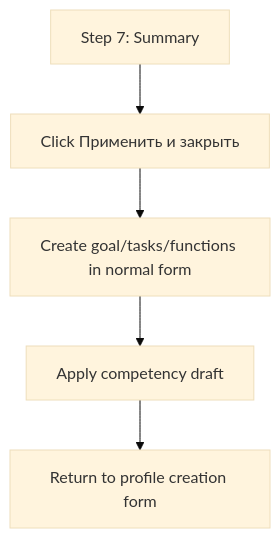
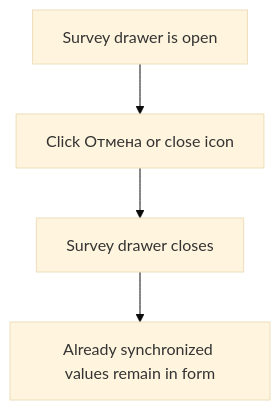
Before and after one commit to Anton-Sukhankin/HR-Profiling-Block: the seventh of 7 diagrams in docs/components/profile-survey/user-flows.md, drawn with Mermaid (base theme). The commit also changed other lines of this file and 14 other files, not shown here.

````diff
--- a/docs/components/profile-survey/user-flows.md
+++ b/docs/components/profile-survey/user-flows.md
@@ -39,7 +79,6 @@
 ```mermaid
 flowchart TD
-  A["Step 7: Summary"] --> B["Click Применить и закрыть"]
-  B --> C["Create goal/tasks/functions in normal form"]
-  C --> D["Apply competency draft"]
-  D --> E["Return to profile creation form"]
+  A["Survey drawer is open"] --> B["Click Отмена or close icon"]
+  B --> C["Survey drawer closes"]
+  C --> D["Already synchronized values remain in form"]
 ```
````
